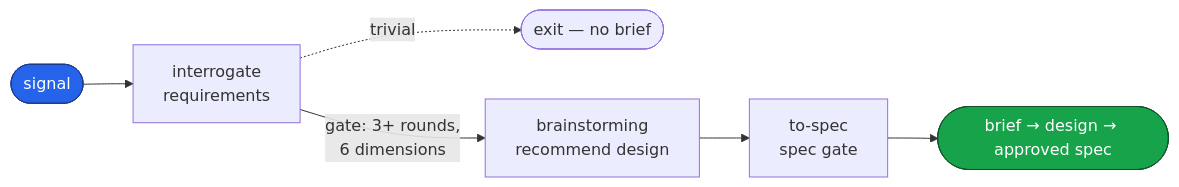
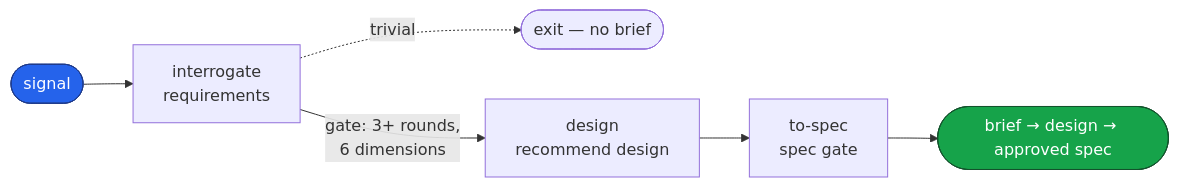
The second of 6 diagrams in README.md (dashworthy/engineering), drawn with Mermaid before and after one commit. The commit also changed other lines of this file and 33 other files, not shown here.

````diff
--- a/README.md
+++ b/README.md
@@ -71,11 +71,11 @@
 ```mermaid
 flowchart LR
     classDef entry fill:#2563eb,stroke:#1e3a8a,color:#fff
     classDef done fill:#16a34a,stroke:#14532d,color:#fff
 
     S(["signal"]):::entry --> S1["interrogate<br/>requirements"]
     S1 -. "trivial" .-> X(["exit — no brief"])
-    S1 -->|"gate: 3+ rounds,<br/>6 dimensions"| BR["brainstorming<br/>recommend design"]
+    S1 -->|"gate: 3+ rounds,<br/>6 dimensions"| BR["design<br/>recommend design"]
     BR --> SP["to-spec<br/>spec gate"]
     SP --> STOP(["brief → design → approved spec"]):::done
 ```
````
